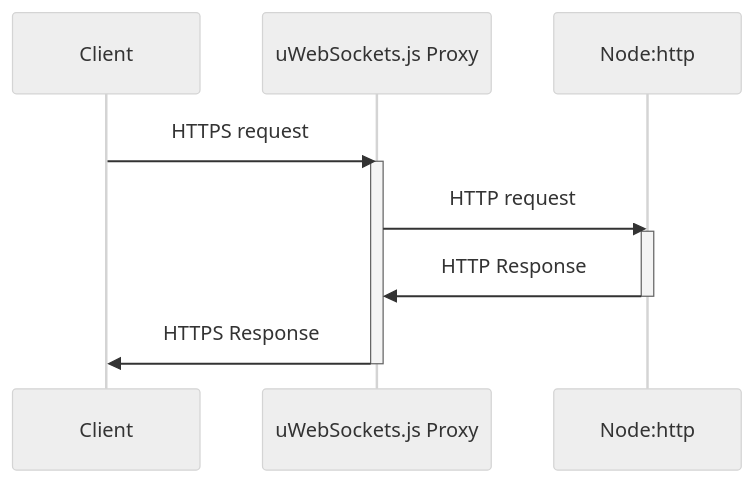
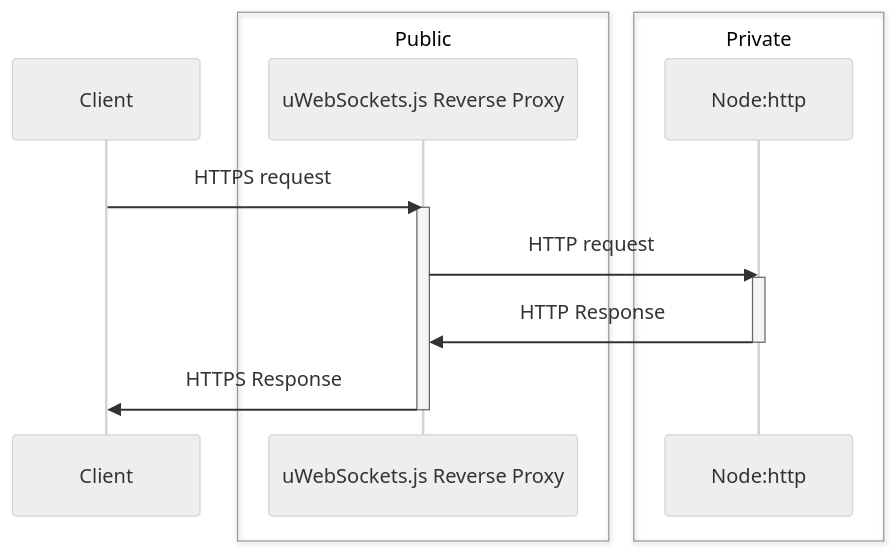
Before and after one commit to jordan-breton/uws-reverse-proxy: the diagram in README.md, drawn with Mermaid (neutral theme). The commit also changed other lines of this file and 2 other files, not shown here.

Commit message:
Removed support for providing http server directly to the proxy in favor of a more generic solution supporting any http server.

````diff
--- a/README.md
+++ b/README.md
@@ -48,14 +45,18 @@
 ```mermaid
 sequenceDiagram
     participant C as Client
-    participant UWS as uWebSockets.js Proxy
+    box Public
+    participant UWS as uWebSockets.js Reverse Proxy
+    end
+    box Private
     participant N as Node:http
+    end
     C->>UWS: HTTPS request
     activate UWS
     UWS->>N: HTTP request
     activate N
     N->>UWS: HTTP Response
     deactivate N
     UWS->>C: HTTPS Response
     deactivate UWS
 ```
````
